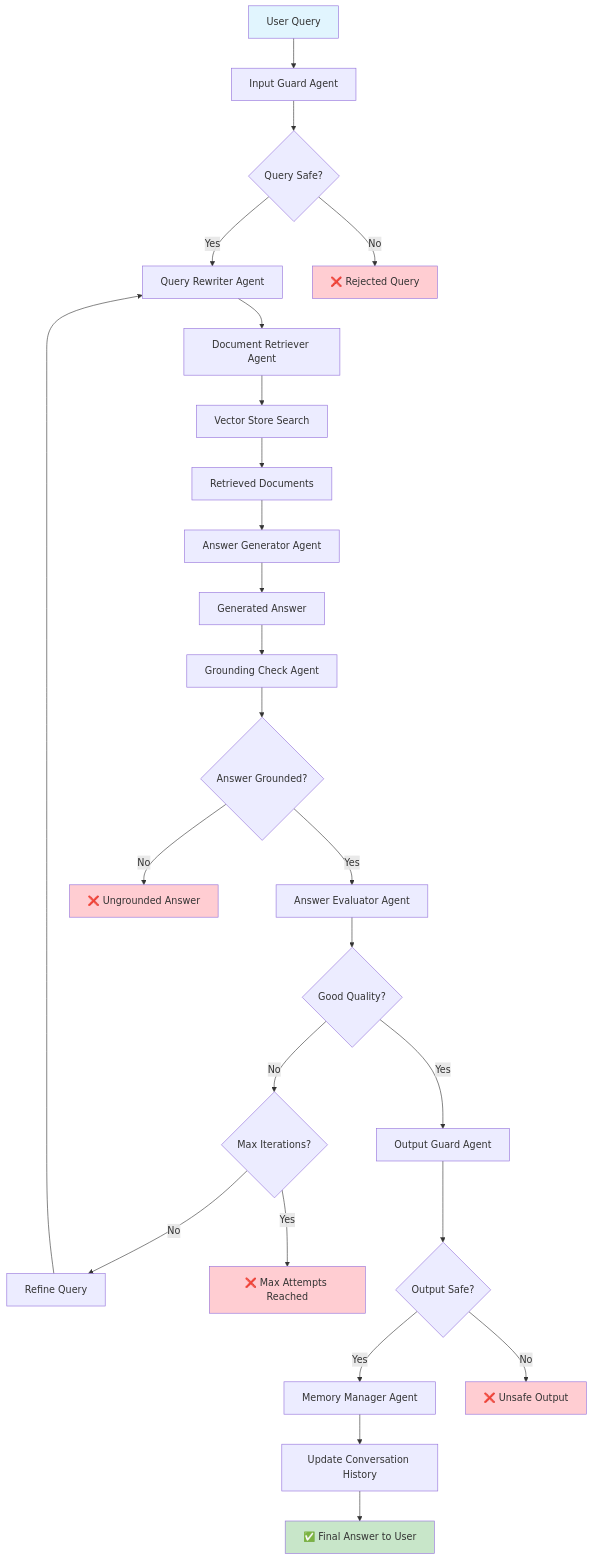
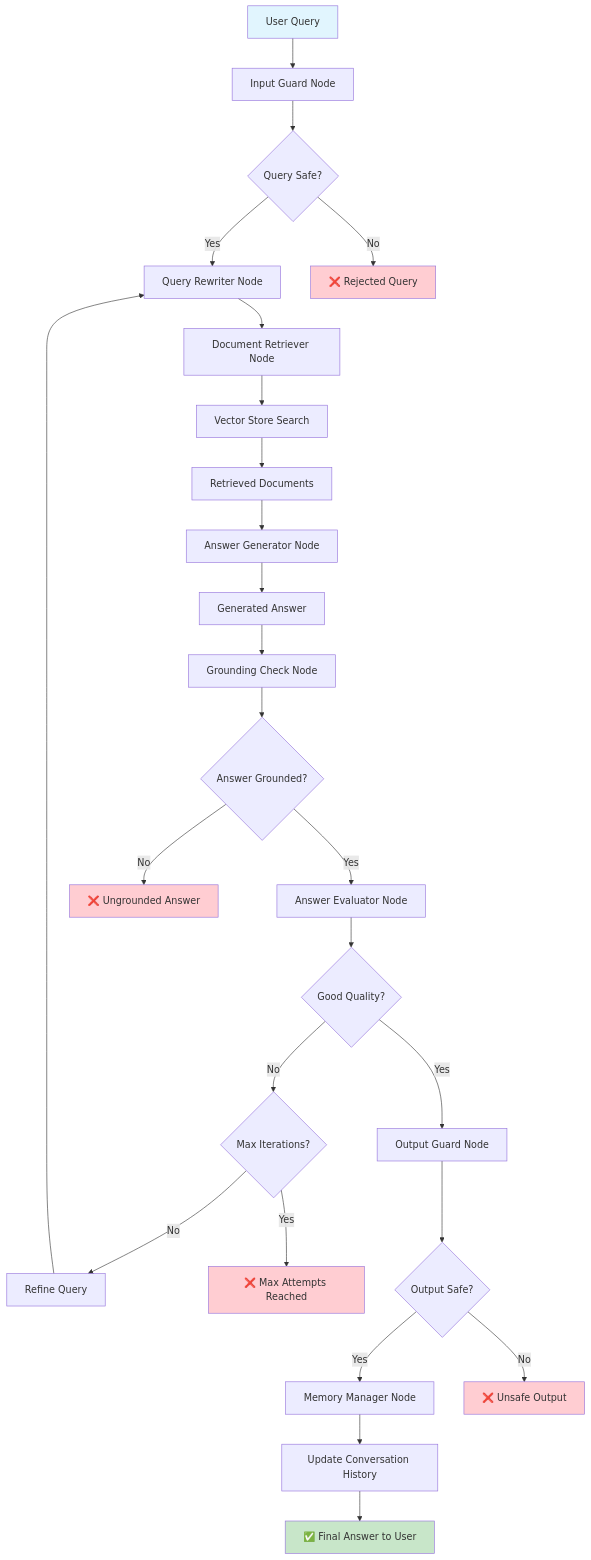
One commit to gulshan-100/Agentic-RAG changed the diagram in README.md. Above: the diagram before and after it, drawn with Mermaid.

Commit message:
readme updated

````diff
--- a/README.md
+++ b/README.md
@@ -67,41 +67,41 @@
 ```mermaid
 graph TD
-    A[User Query] --> B[Input Guard Agent]
+    A[User Query] --> B[Input Guard Node]
     B --> C{Query Safe?}
-    C -->|Yes| D[Query Rewriter Agent]
+    C -->|Yes| D[Query Rewriter Node]
     C -->|No| E[❌ Rejected Query]
     
-    D --> F[Document Retriever Agent]
+    D --> F[Document Retriever Node]
     F --> G[Vector Store Search]
     G --> H[Retrieved Documents]
     
-    H --> I[Answer Generator Agent]
+    H --> I[Answer Generator Node]
     I --> J[Generated Answer]
     
-    J --> K[Grounding Check Agent]
+    J --> K[Grounding Check Node]
     K --> L{Answer Grounded?}
-    L -->|Yes| M[Answer Evaluator Agent]
+    L -->|Yes| M[Answer Evaluator Node]
     L -->|No| N[❌ Ungrounded Answer]
     
     M --> O{Good Quality?}
-    O -->|Yes| P[Output Guard Agent]
+    O -->|Yes| P[Output Guard Node]
     O -->|No| Q{Max Iterations?}
     
     Q -->|No| R[Refine Query]
     R --> D
     Q -->|Yes| S[❌ Max Attempts Reached]
     
     P --> T{Output Safe?}
-    T -->|Yes| U[Memory Manager Agent]
+    T -->|Yes| U[Memory Manager Node]
     T -->|No| V[❌ Unsafe Output]
     
     U --> W[Update Conversation History]
     W --> X[✅ Final Answer to User]
     
     style A fill:#e1f5fe
     style X fill:#c8e6c9
     style E fill:#ffcdd2
     style N fill:#ffcdd2
     style S fill:#ffcdd2
     style V fill:#ffcdd2
 ```
````
